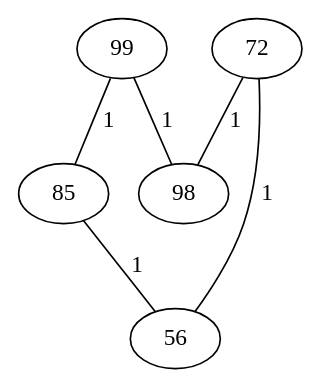
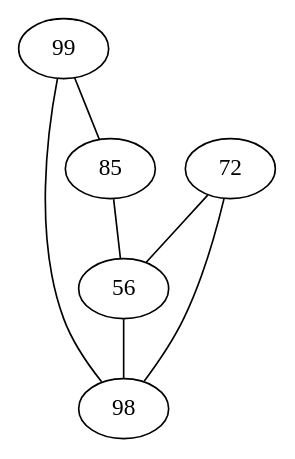
One commit to vinicius-de-souza/graphapplication changed the diagram in testedot.dot. Above: the diagram before and after it, drawn with Graphviz. The commit also changed 8 other files, not shown here.

```diff
--- a/testedot.dot
+++ b/testedot.dot
@@ -1,15 +1,17 @@
 strict graph G { 
  
 
-    99 --  85 [label=" 1"]
-    99 --  98 [label=" 1"]
-    85 --  99 [label=" 1"]
-    85 --  56 [label=" 1"]
-    72 --  56 [label=" 1"]
-    72 --  98 [label=" 1"]
-    56 --  72 [label=" 1"]
-    56 --  85 [label=" 1"]
-    98 --  72 [label=" 1"]
-    98 --  99 [label=" 1"]
+    99 --  85
+    99 --  98
+    85 --  99
+    85 --  56
+    72 --  56
+    72 --  98
+    56 --  72
+    56 --  85
+    56 --  98
+    98 --  72
+    98 --  99
+    98 --  56
 
  }
```
